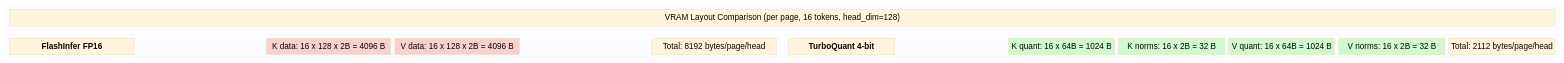
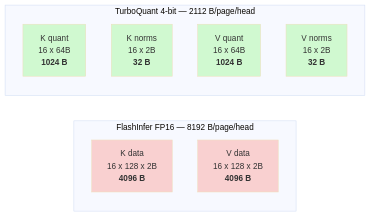
Before and after one commit to RRoundTable/turboquant: the third of 7 diagrams in docs/reference/architecture-comparison.md, drawn with Mermaid (base theme).

Commit message:
Fix VRAM layout diagram: replace block-beta with flowchart
block-beta has limited Mermaid renderer support.

````diff
--- a/docs/reference/architecture-comparison.md
+++ b/docs/reference/architecture-comparison.md
@@ -96,34 +98,23 @@
 ```mermaid
-block-beta
-    columns 2
-
-    block:fp16header:2
-        A["VRAM Layout Comparison (per page, 16 tokens, head_dim=128)"]
+flowchart LR
+    subgraph FP16["FlashInfer FP16 — 8192 B/page/head"]
+        direction TB
+        K1["K data<br/>16 x 128 x 2B<br/><b>4096 B</b>"]
+        V1["V data<br/>16 x 128 x 2B<br/><b>4096 B</b>"]
     end
 
-    block:fp16:1
-        B["<b>FlashInfer FP16</b>"]
-        space
-        C["K data: 16 x 128 x 2B = 4096 B"]
-        D["V data: 16 x 128 x 2B = 4096 B"]
-        space
-        E["Total: 8192 bytes/page/head"]
+    subgraph TQ["TurboQuant 4-bit — 2112 B/page/head"]
+        direction TB
+        K2["K quant<br/>16 x 64B<br/><b>1024 B</b>"]
+        KN["K norms<br/>16 x 2B<br/><b>32 B</b>"]
+        V2["V quant<br/>16 x 64B<br/><b>1024 B</b>"]
+        VN["V norms<br/>16 x 2B<br/><b>32 B</b>"]
     end
 
-    block:tq:1
-        F["<b>TurboQuant 4-bit</b>"]
-        space
-        G["K quant: 16 x 64B = 1024 B"]
-        H["K norms: 16 x 2B = 32 B"]
-        I["V quant: 16 x 64B = 1024 B"]
-        J["V norms: 16 x 2B = 32 B"]
-        K["Total: 2112 bytes/page/head"]
-    end
-
-    style C fill:#f9d0d0
-    style D fill:#f9d0d0
-    style G fill:#d0f9d0
-    style H fill:#d0f9d0
-    style I fill:#d0f9d0
-    style J fill:#d0f9d0
+    style K1 fill:#f9d0d0
+    style V1 fill:#f9d0d0
+    style K2 fill:#d0f9d0
+    style KN fill:#d0f9d0
+    style V2 fill:#d0f9d0
+    style VN fill:#d0f9d0
 ```
````
